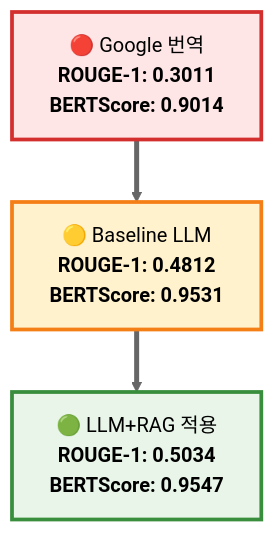
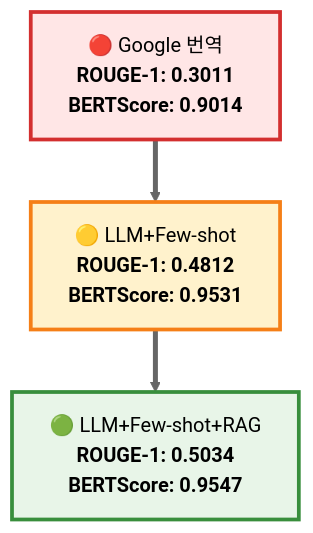
The fifth of 5 diagrams in README.md (Oshinavi/.github), drawn with Mermaid before and after one commit. The commit also changed other lines of this file, not shown here.

````diff
--- a/README.md
+++ b/README.md
@@ -317,16 +317,16 @@
 ```mermaid
 graph TD
     Google["🔴 Google 번역<br/><b>ROUGE-1: 0.3011</b><br/><b>BERTScore: 0.9014</b>"]
-    Baseline["🟡 Baseline LLM<br/><b>ROUGE-1: 0.4812</b><br/><b>BERTScore: 0.9531</b>"]
-    RAG["🟢 LLM+RAG 적용<br/><b>ROUGE-1: 0.5034</b><br/><b>BERTScore: 0.9547</b>"]
+    LLM+Few-shot["🟡 LLM+Few-shot<br/><b>ROUGE-1: 0.4812</b><br/><b>BERTScore: 0.9531</b>"]
+    LLM+Few-shot+RAG["🟢 LLM+Few-shot+RAG<br/><b>ROUGE-1: 0.5034</b><br/><b>BERTScore: 0.9547</b>"]
     
-    Google ==> Baseline
-    Baseline ==> RAG
+    Google ==> LLM+Few-shot
+    LLM+Few-shot ==> LLM+Few-shot+RAG
     
     style Google fill:#FFE6E6,stroke:#D32F2F,stroke-width:3px,color:#000
-    style Baseline fill:#FFF2CC,stroke:#F57F17,stroke-width:3px,color:#000
-    style RAG fill:#E8F5E8,stroke:#388E3C,stroke-width:3px,color:#000
+    style LLM+Few-shot fill:#FFF2CC,stroke:#F57F17,stroke-width:3px,color:#000
+    style LLM+Few-shot+RAG fill:#E8F5E8,stroke:#388E3C,stroke-width:3px,color:#000
     
     linkStyle 0 stroke:#666,stroke-width:4px
     linkStyle 1 stroke:#666,stroke-width:4px
 ```
````
